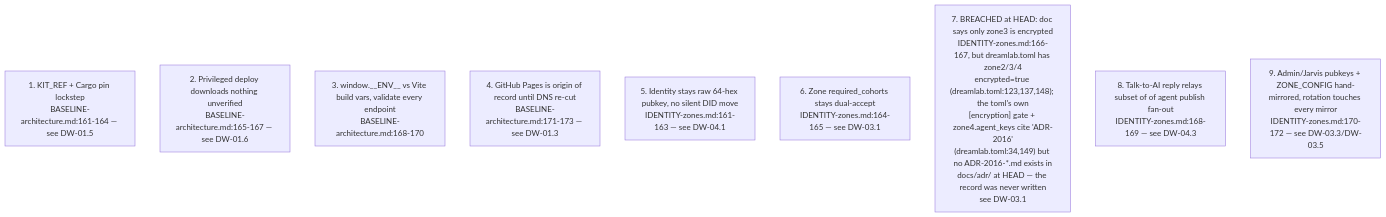
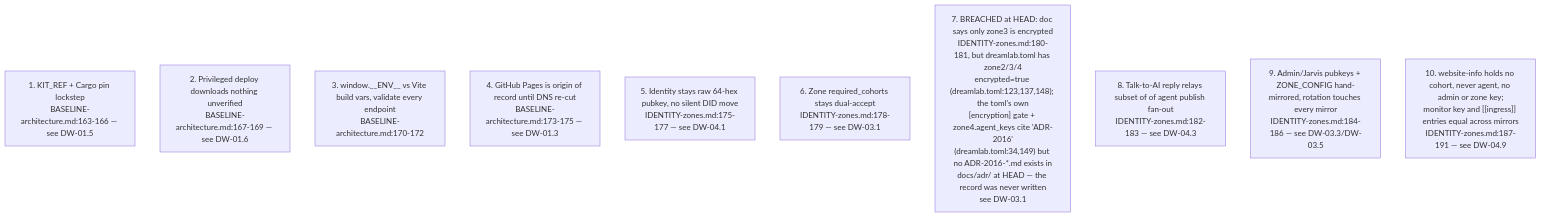
The fourth of 7 diagrams in docs/diagrams/dreamlab-ai-website/06-content-pipeline-and-invariants-register.md (DreamLab-AI/VisionFlow), drawn with Mermaid before and after one commit. The commit also changed other lines of this file and 160 other files, not shown here.

````diff
--- a/docs/diagrams/dreamlab-ai-website/06-content-pipeline-and-invariants-register.md
+++ b/docs/diagrams/dreamlab-ai-website/06-content-pipeline-and-invariants-register.md
@@ -89,12 +93,13 @@
 ```mermaid
 flowchart TB
-    I1["1. KIT_REF + Cargo pin lockstep<br/>BASELINE-architecture.md:161-164 — see DW-01.5"]
-    I2["2. Privileged deploy downloads nothing unverified<br/>BASELINE-architecture.md:165-167 — see DW-01.6"]
-    I3["3. window.__ENV__ vs Vite build vars, validate every endpoint<br/>BASELINE-architecture.md:168-170"]
-    I4["4. GitHub Pages is origin of record until DNS re-cut<br/>BASELINE-architecture.md:171-173 — see DW-01.3"]
-    I5["5. Identity stays raw 64-hex pubkey, no silent DID move<br/>IDENTITY-zones.md:161-163 — see DW-04.1"]
-    I6["6. Zone required_cohorts stays dual-accept<br/>IDENTITY-zones.md:164-165 — see DW-03.1"]
-    I7["7. BREACHED at HEAD: doc says only zone3 is encrypted<br/>IDENTITY-zones.md:166-167, but dreamlab.toml has zone2/3/4<br/>encrypted=true (dreamlab.toml:123,137,148); the toml's own<br/>[encryption] gate + zone4.agent_keys cite 'ADR-2016'<br/>(dreamlab.toml:34,149) but no ADR-2016-*.md exists in<br/>docs/adr/ at HEAD — the record was never written<br/>see DW-03.1"]
-    I8["8. Talk-to-AI reply relays subset of of agent publish fan-out<br/>IDENTITY-zones.md:168-169 — see DW-04.3"]
-    I9["9. Admin/Jarvis pubkeys + ZONE_CONFIG hand-mirrored, rotation touches every mirror<br/>IDENTITY-zones.md:170-172 — see DW-03.3/DW-03.5"]
+    I1["1. KIT_REF + Cargo pin lockstep<br/>BASELINE-architecture.md:163-166 — see DW-01.5"]
+    I2["2. Privileged deploy downloads nothing unverified<br/>BASELINE-architecture.md:167-169 — see DW-01.6"]
+    I3["3. window.__ENV__ vs Vite build vars, validate every endpoint<br/>BASELINE-architecture.md:170-172"]
+    I4["4. GitHub Pages is origin of record until DNS re-cut<br/>BASELINE-architecture.md:173-175 — see DW-01.3"]
+    I5["5. Identity stays raw 64-hex pubkey, no silent DID move<br/>IDENTITY-zones.md:175-177 — see DW-04.1"]
+    I6["6. Zone required_cohorts stays dual-accept<br/>IDENTITY-zones.md:178-179 — see DW-03.1"]
+    I7["7. BREACHED at HEAD: doc says only zone3 is encrypted<br/>IDENTITY-zones.md:180-181, but dreamlab.toml has zone2/3/4<br/>encrypted=true (dreamlab.toml:123,137,148); the toml's own<br/>[encryption] gate + zone4.agent_keys cite 'ADR-2016'<br/>(dreamlab.toml:34,149) but no ADR-2016-*.md exists in<br/>docs/adr/ at HEAD — the record was never written<br/>see DW-03.1"]
+    I8["8. Talk-to-AI reply relays subset of of agent publish fan-out<br/>IDENTITY-zones.md:182-183 — see DW-04.3"]
+    I9["9. Admin/Jarvis pubkeys + ZONE_CONFIG hand-mirrored, rotation touches every mirror<br/>IDENTITY-zones.md:184-186 — see DW-03.3/DW-03.5"]
+    I10["10. website-info holds no cohort, never agent, no admin or zone key;<br/>monitor key and [[ingress]] entries equal across mirrors<br/>IDENTITY-zones.md:187-191 — see DW-04.9"]
 ```
````
